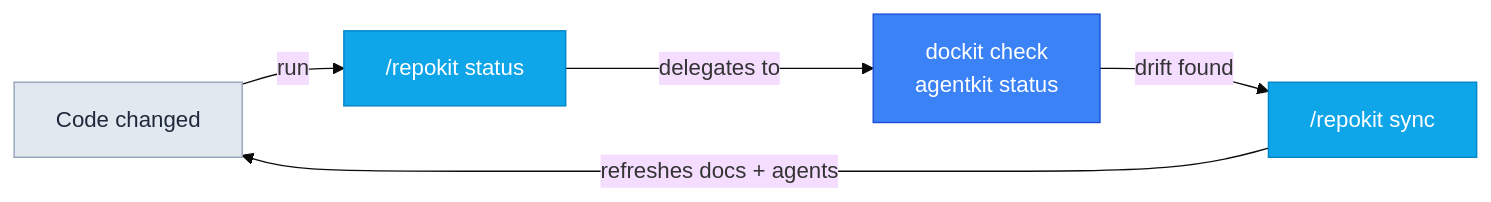
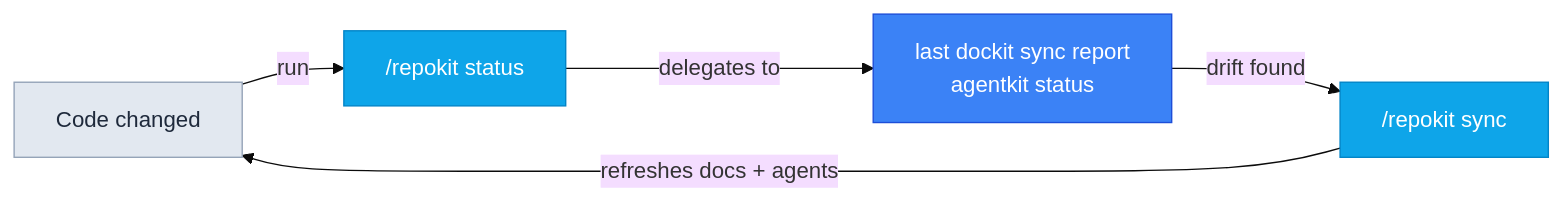
One commit to TheLampshady/repokit changed the fourth of 4 diagrams in README.md. Above: the diagram before and after it, drawn with Mermaid (base theme). The commit also changed other lines of this file and 28 other files, not shown here.

````diff
--- a/README.md
+++ b/README.md
@@ -312,16 +313,16 @@
 ```mermaid
 graph LR
     Changed["Code changed"]
     Status["/repokit status"]
-    Check["dockit check<br/>agentkit status"]
+    Check["last dockit sync report<br/>agentkit status"]
     Sync["/repokit sync"]
 
     Changed -->|"run"| Status -->|"delegates to"| Check -->|"drift found"| Sync
     Sync -->|"refreshes docs + agents"| Changed
 
     classDef skill fill:#3b82f6,stroke:#1d4ed8,color:#fff
     classDef found fill:#0ea5e9,stroke:#0284c7,color:#fff
     class Status,Sync found
     class Check skill
     style Changed fill:#e2e8f0,stroke:#94a3b8,color:#1e293b
 ```
````
